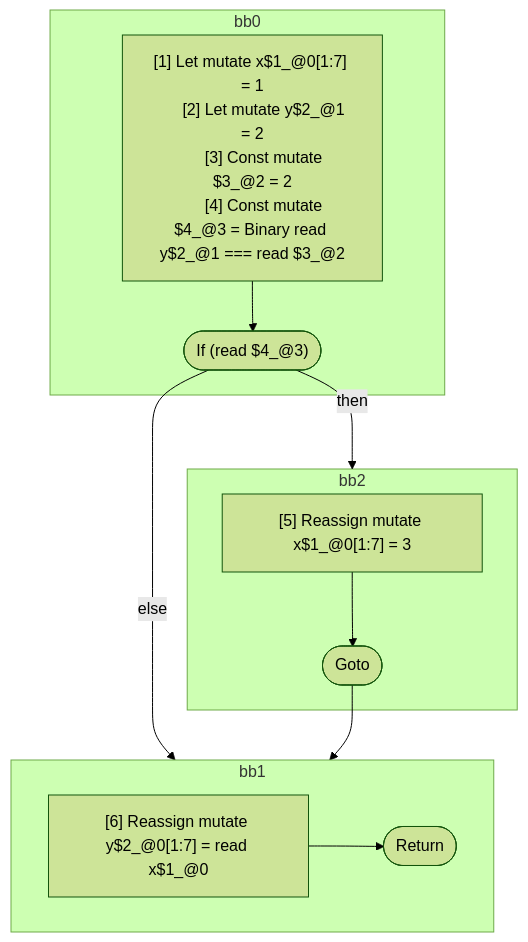
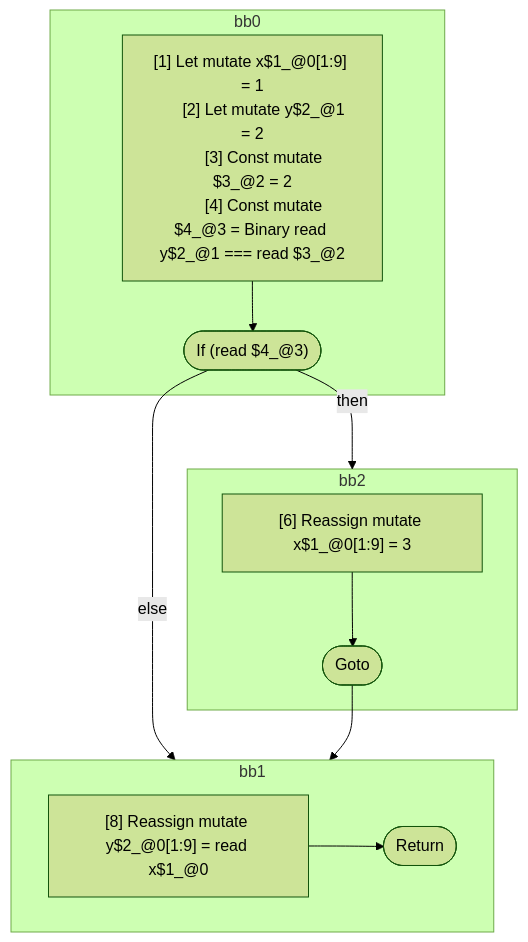
One commit to wutsmog/private changed the diagram in compiler/forget/src/__tests__/fixtures/hir/ssa-complex-single-if.expect.md. Above: the diagram before and after it, drawn with Mermaid (forest theme). The commit also changed other lines of this file and 61 other files, not shown here.

````diff
--- a/compiler/forget/src/__tests__/fixtures/hir/ssa-complex-single-if.expect.md
+++ b/compiler/forget/src/__tests__/fixtures/hir/ssa-complex-single-if.expect.md
@@ -38,31 +38,31 @@
 ```mermaid
 flowchart TB
   %% Basic Blocks
   subgraph bb0
     bb0_instrs["
-      [1] Let mutate x$1_@0[1:7] = 1
+      [1] Let mutate x$1_@0[1:9] = 1
       [2] Let mutate y$2_@1 = 2
       [3] Const mutate $3_@2 = 2
       [4] Const mutate $4_@3 = Binary read y$2_@1 === read $3_@2
     "]
     bb0_instrs --> bb0_terminal(["If (read $4_@3)"])
   end
   subgraph bb2
     bb2_instrs["
-      [5] Reassign mutate x$1_@0[1:7] = 3
+      [6] Reassign mutate x$1_@0[1:9] = 3
     "]
     bb2_instrs --> bb2_terminal(["Goto"])
   end
   subgraph bb1
     bb1_instrs["
-      [6] Reassign mutate y$2_@0[1:7] = read x$1_@0
+      [8] Reassign mutate y$2_@0[1:9] = read x$1_@0
     "]
     bb1_instrs --> bb1_terminal(["Return"])
   end
 
   %% Jumps
   bb0_terminal -- "then" --> bb2
   bb0_terminal -- "else" --> bb1
   bb2_terminal --> bb1
 
 ```
````
